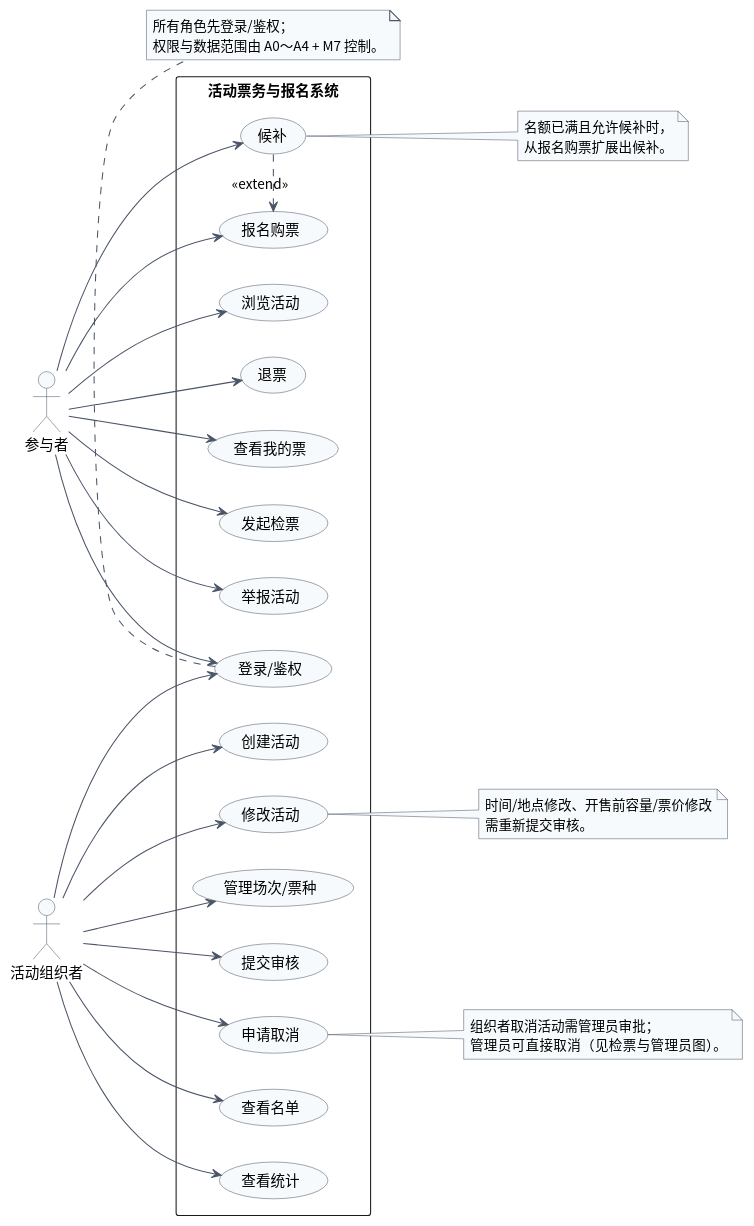
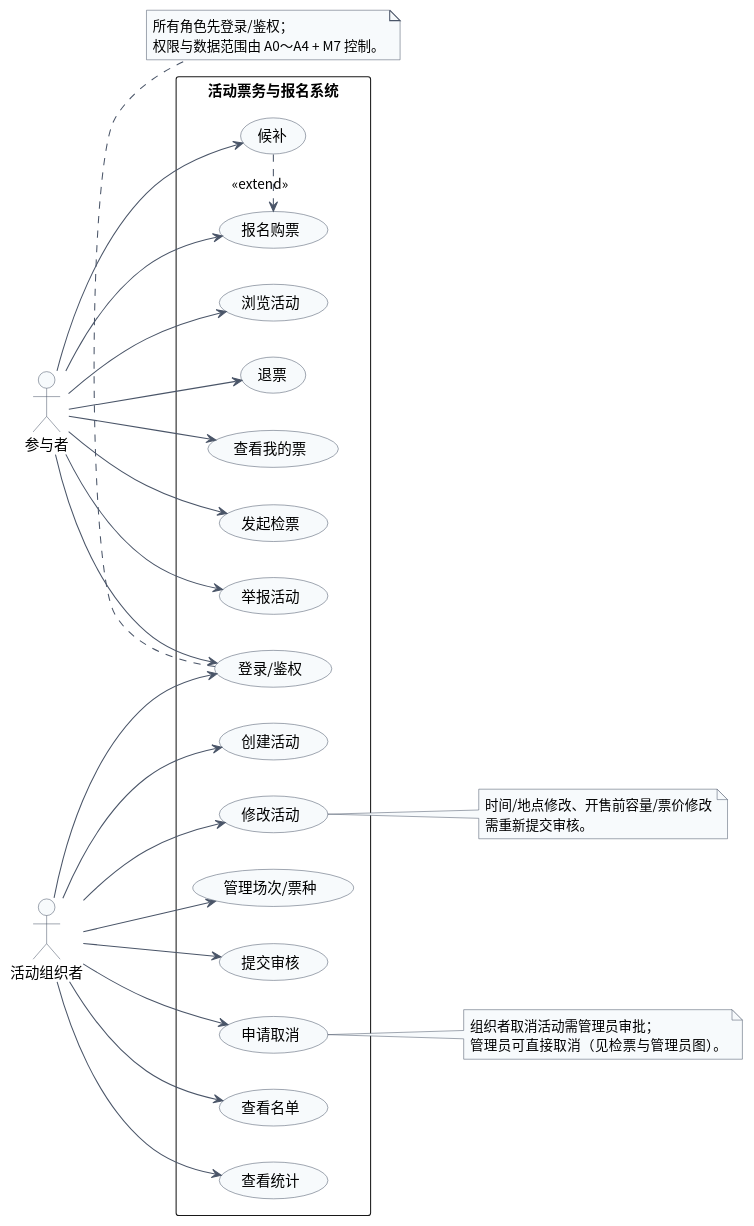
One commit to Lewis-44-China/se-lab1-requirements changed the diagram in lab2/UML/UML用例图_参与者与组织者.puml. Above: the diagram before and after it, drawn with PlantUML. The commit also changed 3 other files, not shown here.

First line of the commit message:
lab2: 按课程用例图规则确认扩展方向并去掉注释

```diff
--- a/lab2/UML/UML用例图_参与者与组织者.puml
+++ b/lab2/UML/UML用例图_参与者与组织者.puml
@@ -1,69 +1,66 @@
 @startuml UML用例图_参与者与组织者
 left to right direction
 skinparam shadowing false
 skinparam defaultFontName "Noto Sans CJK SC"
 skinparam packageStyle rectangle
 skinparam ArrowColor #4A5568
 skinparam noteBackgroundColor #F7FAFC
 skinparam noteBorderColor #4A5568
 skinparam usecase {
   BackgroundColor #F7FAFC
   BorderColor #4A5568
 }
 skinparam actor {
   BackgroundColor #F7FAFC
   BorderColor #4A5568
 }
 actor "参与者" as Participant
 actor "活动组织者" as Organizer
 rectangle "活动票务与报名系统" {
   usecase "登录/鉴权" as Login
   usecase "浏览活动" as Browse
   usecase "报名购票" as Register
   usecase "候补" as Waitlist
   usecase "退票" as Refund
   usecase "查看我的票" as MyTickets
   usecase "发起检票" as CheckinRequest
   usecase "举报活动" as Report
   usecase "创建活动" as Create
   usecase "修改活动" as Modify
   usecase "管理场次/票种" as Manage
   usecase "提交审核" as Submit
   usecase "申请取消" as CancelRequest
   usecase "查看名单" as Roster
   usecase "查看统计" as Stats
 }
 Participant --> Login
 Organizer --> Login
 Participant --> Browse
 Participant --> Register
 Participant --> Waitlist
 Participant --> Refund
 Participant --> MyTickets
 Participant --> CheckinRequest
 Participant --> Report
 Organizer --> Create
 Organizer --> Modify
 Organizer --> Manage
 Organizer --> Submit
 Organizer --> CancelRequest
 Organizer --> Roster
 Organizer --> Stats
 Waitlist .> Register : <<extend>>
-note right of Waitlist
-  名额已满且允许候补时，
-  从报名购票扩展出候补。
-end note
+
 note bottom of Login
   所有角色先登录/鉴权；
   权限与数据范围由 A0～A4 + M7 控制。
 end note
 note right of Modify
   时间/地点修改、开售前容量/票价修改
   需重新提交审核。
 end note
 note right of CancelRequest
   组织者取消活动需管理员审批；
   管理员可直接取消（见检票与管理员图）。
 end note
 @enduml
```
